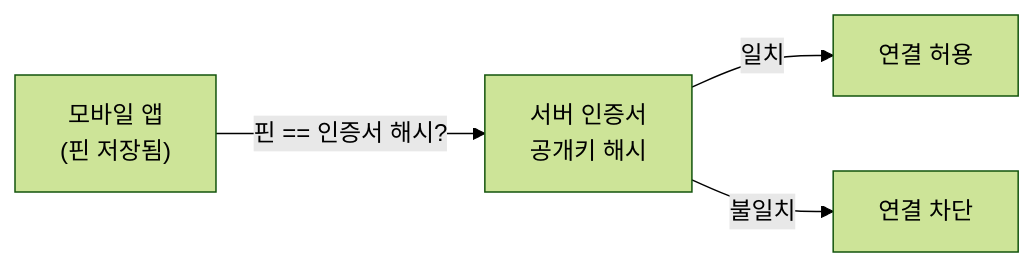
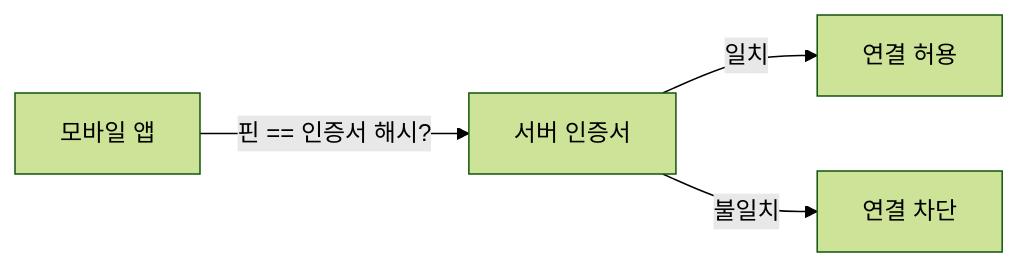
The fourth of 7 diagrams in _posts/network/2026-05-03-https-tls.md (yjkim2015/yjkim2015.github.io), drawn with Mermaid (forest theme) before and after one commit. The commit also changed other lines of this file and 217 other files, not shown here.

First line of the commit message:
Mermaid 크기 수정: useMaxWidth:true + SVG max-width:100% + 라벨 축소

````diff
--- a/_posts/network/2026-05-03-https-tls.md
+++ b/_posts/network/2026-05-03-https-tls.md
@@ -147,8 +147,8 @@
 ```mermaid
 graph LR
-    App["모바일 앱\n(핀 저장됨)"]
-    Cert["서버 인증서\n공개키 해시"]
+    App["모바일 앱"]
+    Cert["서버 인증서"]
     App -->|"핀 == 인증서 해시?"| Cert
     Cert -->|"일치"| OK["연결 허용"]
     Cert -->|"불일치"| BLOCK["연결 차단"]
 ```
````
